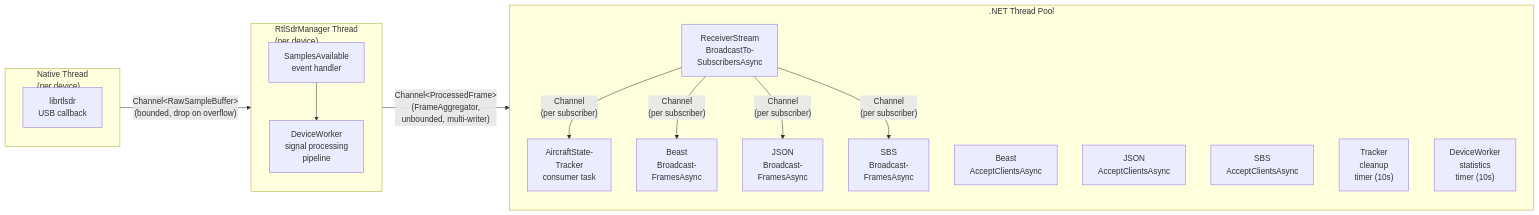
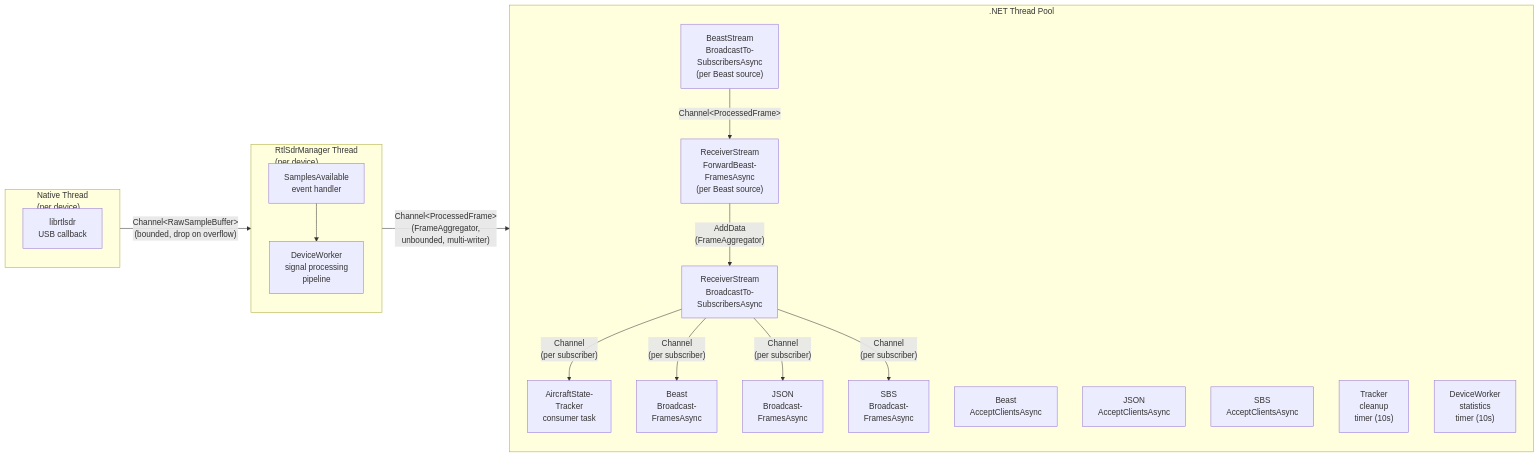
The eighth of 11 diagrams in docs/ARCHITECTURE.md (aeromux/aeromux), drawn with Mermaid before and after one commit. The commit also changed other lines of this file and 45 other files, not shown here.

````diff
--- a/docs/ARCHITECTURE.md
+++ b/docs/ARCHITECTURE.md
@@ -537,39 +550,44 @@
 ```mermaid
 flowchart LR
     subgraph native["Native Thread<br/>(per device)"]
         direction TB
         USB["librtlsdr<br/>USB callback"]
     end
 
     subgraph lib["RtlSdrManager Thread<br/>(per device)"]
         direction TB
         EVT["SamplesAvailable<br/>event handler"]
         DSP["DeviceWorker<br/>signal processing<br/>pipeline"]
     end
 
     subgraph pool[".NET Thread Pool"]
         direction TB
+
+        BST["BeastStream<br/>BroadcastTo-<br/>SubscribersAsync<br/>(per Beast source)"]
+        FWD["ReceiverStream<br/>ForwardBeast-<br/>FramesAsync<br/>(per Beast source)"]
 
         BT["ReceiverStream<br/>BroadcastTo-<br/>SubscribersAsync"]
 
         CT["AircraftState-<br/>Tracker<br/>consumer task"]
         BF1["Beast<br/>Broadcast-<br/>FramesAsync"]
         BF2["JSON<br/>Broadcast-<br/>FramesAsync"]
         BF3["SBS<br/>Broadcast-<br/>FramesAsync"]
 
         AT1["Beast<br/>AcceptClientsAsync"]
         AT2["JSON<br/>AcceptClientsAsync"]
         AT3["SBS<br/>AcceptClientsAsync"]
 
         CL["Tracker<br/>cleanup<br/>timer (10s)"]
         ST["DeviceWorker<br/>statistics<br/>timer (10s)"]
     end
 
     USB -->|"Channel&lt;RawSampleBuffer&gt;<br/>(bounded, drop on overflow)"| EVT
     EVT --> DSP
     DSP -->|"Channel&lt;ProcessedFrame&gt;<br/>(FrameAggregator,<br/>unbounded, multi-writer)"| BT
+    BST -->|"Channel&lt;ProcessedFrame&gt;"| FWD
+    FWD -->|"AddData<br/>(FrameAggregator)"| BT
     BT -->|"Channel<br/>(per subscriber)"| CT
     BT -->|"Channel<br/>(per subscriber)"| BF1
     BT -->|"Channel<br/>(per subscriber)"| BF2
     BT -->|"Channel<br/>(per subscriber)"| BF3
 ```
````
